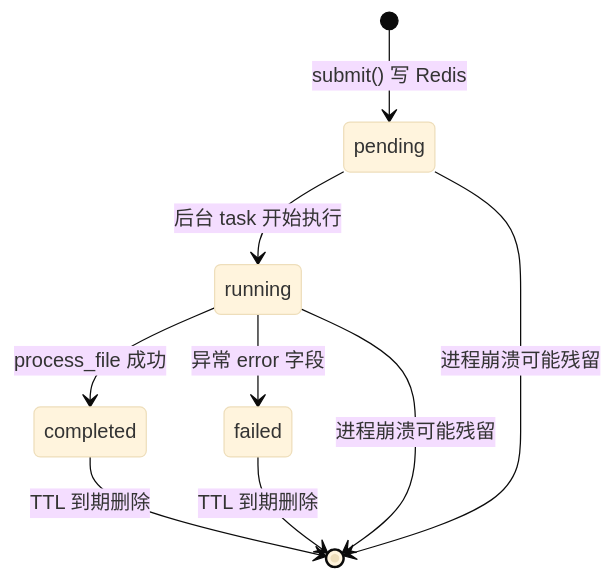
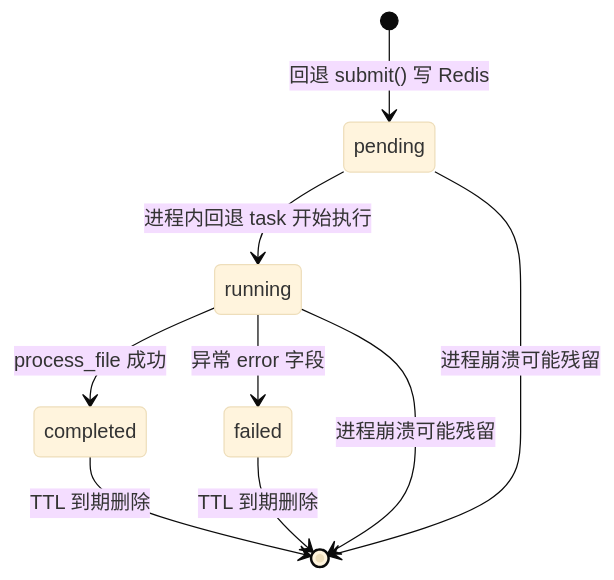
Before and after one commit to bitladykiller/-: diagram 27 of 36 in docs/modules/00-全流程图集.md, drawn with Mermaid (base theme). The commit also changed other lines of this file and 19 other files, not shown here.

````diff
--- a/docs/modules/00-全流程图集.md
+++ b/docs/modules/00-全流程图集.md
@@ -934,11 +975,11 @@
 ```mermaid
 stateDiagram-v2
-    [*] --> pending: submit() 写 Redis
-    pending --> running: 后台 task 开始执行
+    [*] --> pending: 回退 submit() 写 Redis
+    pending --> running: 进程内回退 task 开始执行
     running --> completed: process_file 成功
     running --> failed: 异常 error 字段
     completed --> [*]: TTL 到期删除
     failed --> [*]: TTL 到期删除
     pending --> [*]: 进程崩溃可能残留
     running --> [*]: 进程崩溃可能残留
 ```
````
